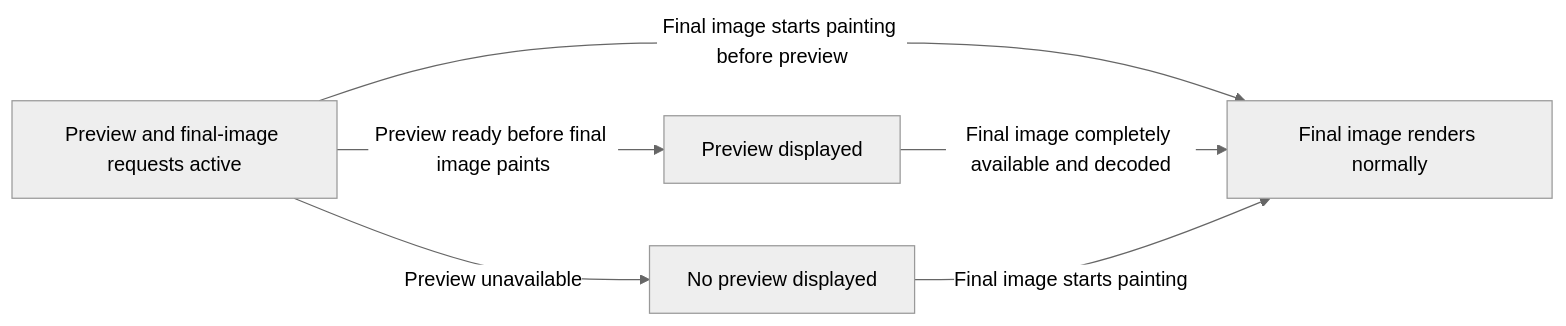
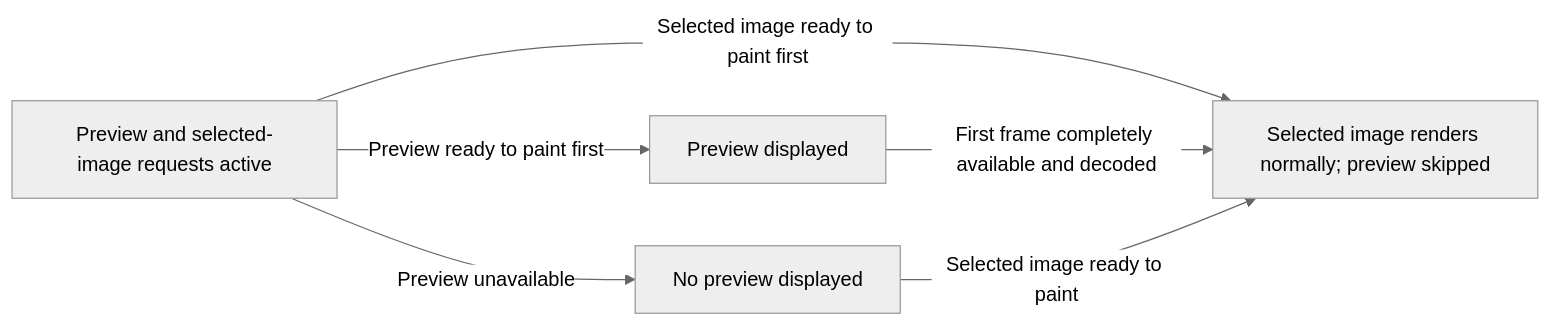
One commit to MicrosoftEdge/MSEdgeExplainers changed the diagram in ImagePreview/explainer.md. Above: the diagram before and after it, drawn with Mermaid (neutral theme). The commit also changed other lines of this file, not shown here.

````diff
--- a/ImagePreview/explainer.md
+++ b/ImagePreview/explainer.md
@@ -214,8 +216,8 @@
 ```mermaid
 flowchart LR
-  A[Preview and final-image requests active] -->|Final image starts painting before preview| F[Final image renders normally]
-  A -->|Preview ready before final image paints| P[Preview displayed]
-  P -->|Final image completely available and decoded| F
+  A[Preview and selected-image requests active] -->|Selected image ready to paint first| I[Selected image renders normally; preview skipped]
+  A -->|Preview ready to paint first| P[Preview displayed]
+  P -->|First frame completely available and decoded| I
   A -->|Preview unavailable| N[No preview displayed]
-  N -->|Final image starts painting| F
+  N -->|Selected image ready to paint| I
 ```
````
